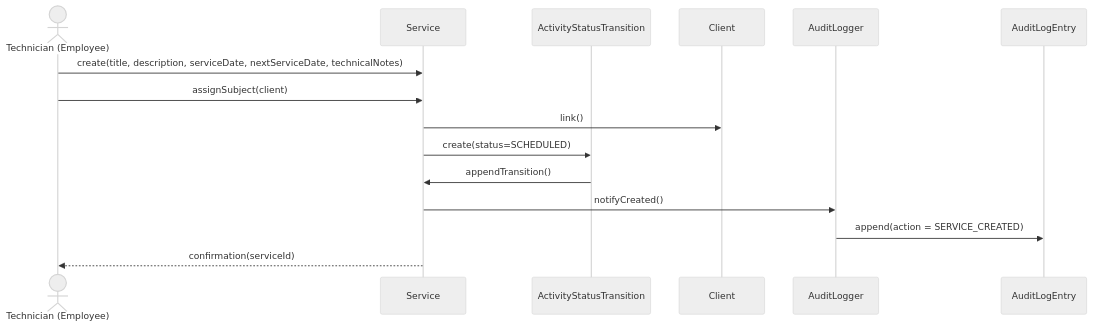
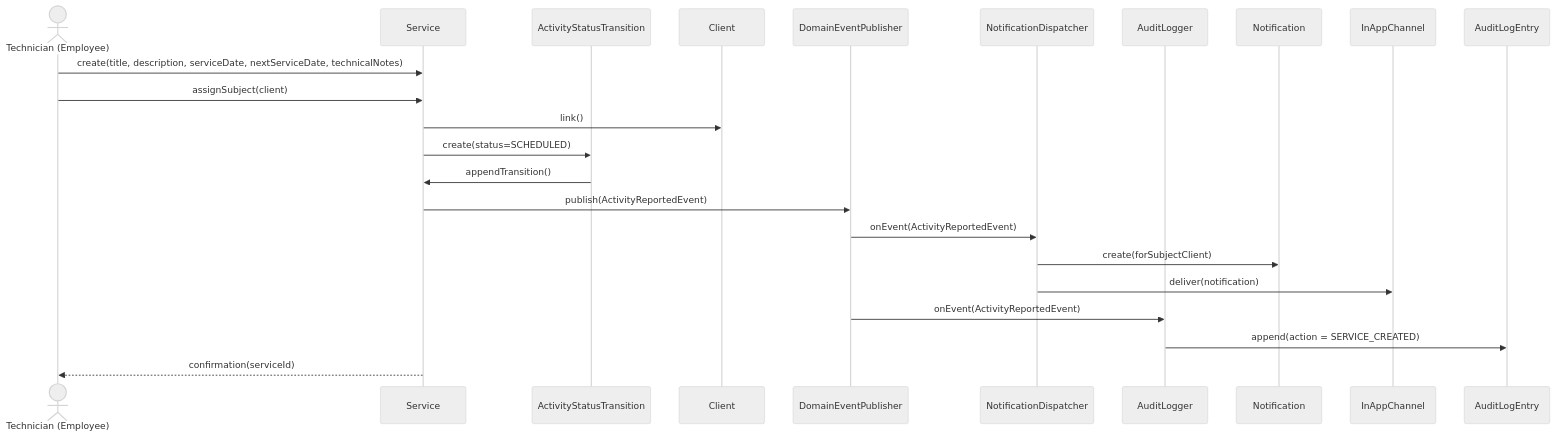
Before and after one commit to mariogarcia79/cmms-platform: the third of 16 diagrams in docs/CMMS-AnalysisWorkflow.md, drawn with Mermaid (neutral theme). The commit also changed other lines of this file, not shown here.

Commit message:
docs: check use cases, fix typos with event types and arguments

````diff
--- a/docs/CMMS-AnalysisWorkflow.md
+++ b/docs/CMMS-AnalysisWorkflow.md
@@ -245,17 +245,23 @@
 ```mermaid
 sequenceDiagram
     actor Technician as Technician (Employee)
     participant Service
     participant AST as ActivityStatusTransition
     participant Client
+    participant Publisher as DomainEventPublisher
+    participant Notifier as NotificationDispatcher
     participant Auditor as AuditLogger
 
     Technician->>Service: create(title, description, serviceDate, nextServiceDate, technicalNotes)
     Technician->>Service: assignSubject(client)
     Service->>Client: link()
     Service->>AST: create(status=SCHEDULED)
     AST->>Service: appendTransition()
-    Service->>Auditor: notifyCreated()
+    Service->>Publisher: publish(ActivityReportedEvent)
+    Publisher->>Notifier: onEvent(ActivityReportedEvent)
+    Notifier->>Notification: create(forSubjectClient)
+    Notifier->>InAppChannel: deliver(notification)
+    Publisher->>Auditor: onEvent(ActivityReportedEvent)
     Auditor->>AuditLogEntry: append(action = SERVICE_CREATED)
     Service-->>Technician: confirmation(serviceId)
 ```
````
